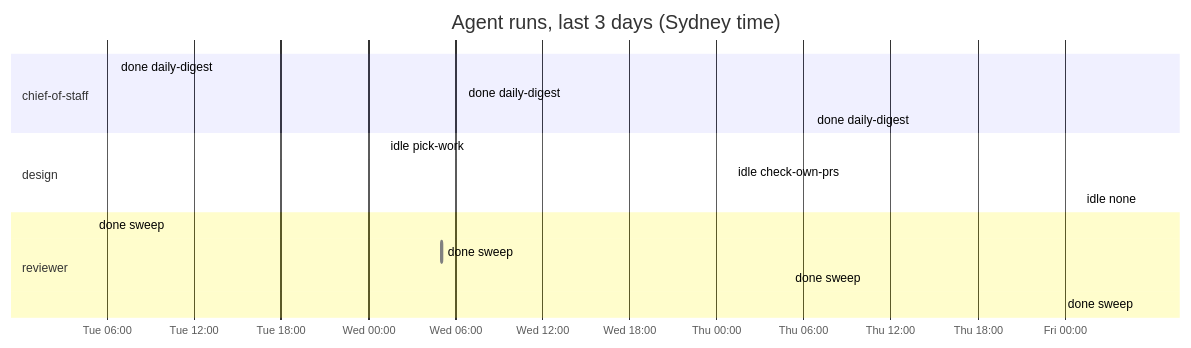
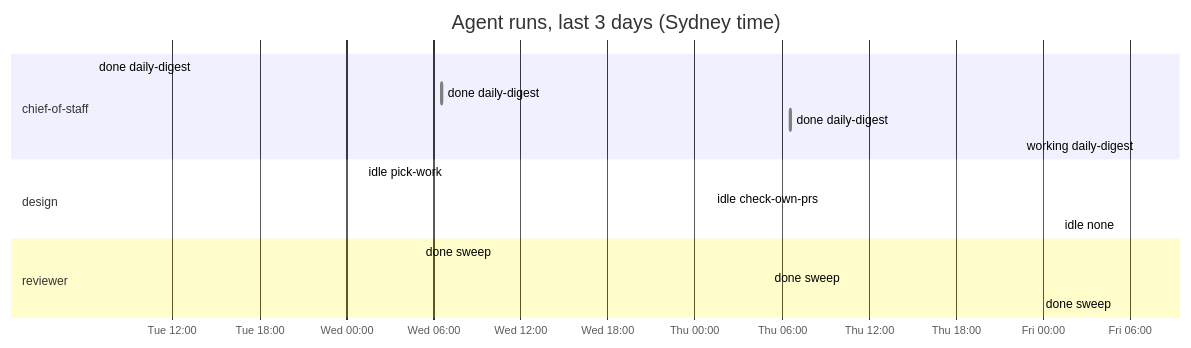
The diagram in dashboard.md (roulmediateam-byte/fifteen-expert-hq), drawn with Mermaid before and after one commit. The commit also changed other lines of this file and 1 other file, not shown here.

````diff
--- a/dashboard.md
+++ b/dashboard.md
@@ -54,19 +54,19 @@
 ```mermaid
 gantt
     title Agent runs, last 3 days (Sydney time)
     dateFormat YYYY-MM-DD HH:mm
     axisFormat %a %H:%M
     section chief-of-staff
     done daily-digest :done, 2026-11-24 06:35, 2026-11-24 06:37
     done daily-digest :done, 2026-11-25 06:34, 2026-11-25 06:35
     done daily-digest :done, 2026-11-26 06:35, 2026-11-26 06:36
+    working daily-digest :active, 2026-11-27 06:35, 2026-11-27 06:35
     section design
     idle pick-work :done, 2026-11-25 01:09, 2026-11-25 01:09
     idle check-own-prs :done, 2026-11-26 01:09, 2026-11-26 01:09
     idle none :done, 2026-11-27 01:08, 2026-11-27 01:09
     section reviewer
-    done sweep :done, 2026-11-24 05:05, 2026-11-24 05:06
     done sweep :done, 2026-11-25 05:04, 2026-11-25 05:05
     done sweep :done, 2026-11-26 05:05, 2026-11-26 05:06
     done sweep :done, 2026-11-27 05:05, 2026-11-27 05:06
 ```
````
